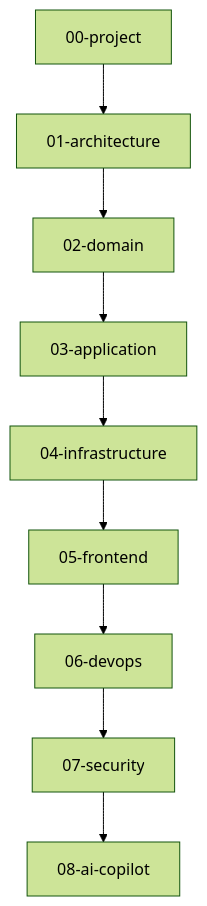
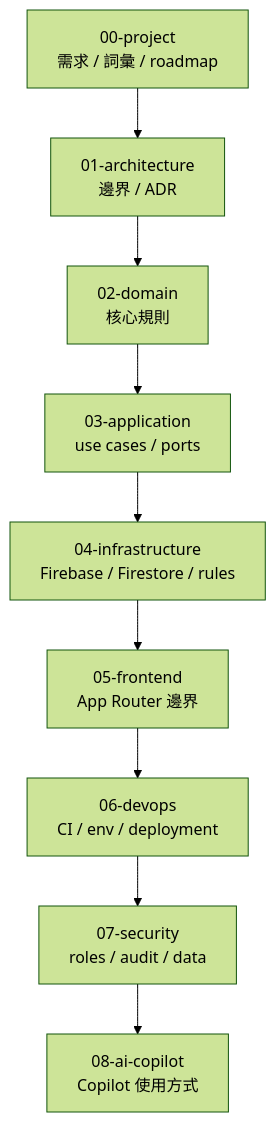
Before and after one commit to 369sup/worksync-hr: the diagram in docs/README.md, drawn with Mermaid (forest theme). The commit also changed other lines of this file and 36 other files, not shown here.

````diff
--- a/docs/README.md
+++ b/docs/README.md
@@ -7,11 +8,20 @@
 ```mermaid
 flowchart TD
-  P[00-project] --> A[01-architecture]
-  A --> D[02-domain]
-  D --> U[03-application]
-  U --> I[04-infrastructure]
-  I --> F[05-frontend]
-  F --> O[06-devops]
-  O --> S[07-security]
-  S --> C[08-ai-copilot]
+  P[00-project
+需求 / 詞彙 / roadmap] --> A[01-architecture
+邊界 / ADR]
+  A --> D[02-domain
+核心規則]
+  D --> U[03-application
+use cases / ports]
+  U --> I[04-infrastructure
+Firebase / Firestore / rules]
+  I --> F[05-frontend
+App Router 邊界]
+  F --> O[06-devops
+CI / env / deployment]
+  O --> S[07-security
+roles / audit / data]
+  S --> C[08-ai-copilot
+Copilot 使用方式]
 ```
````
